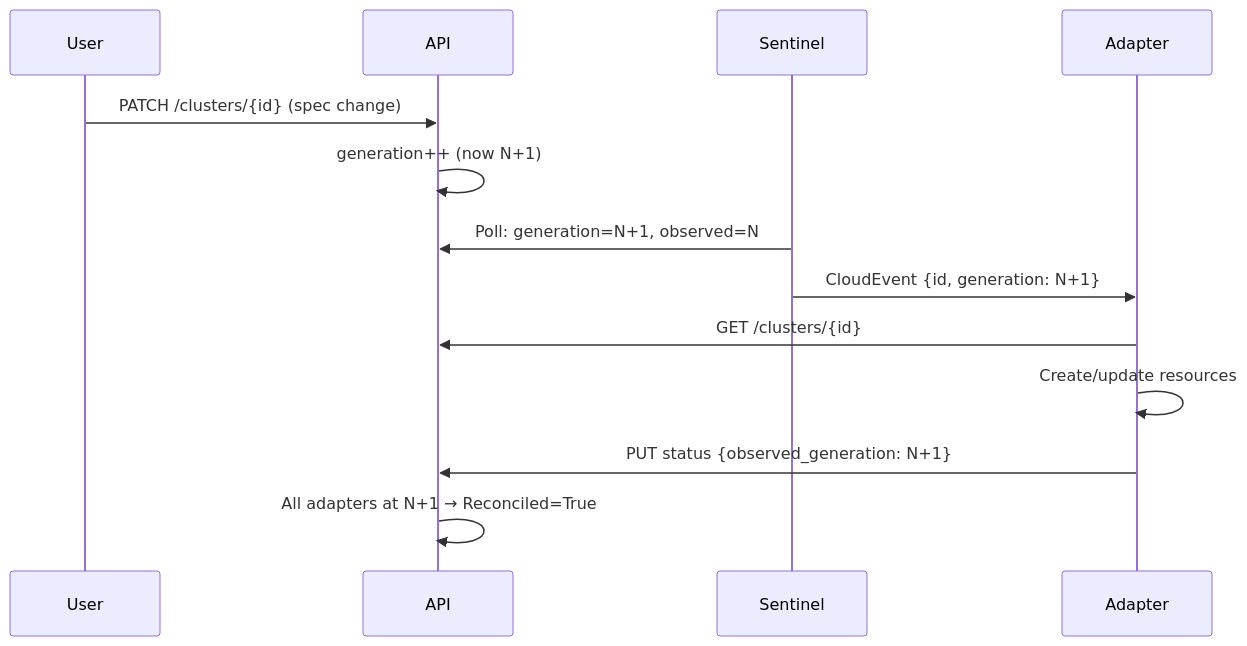
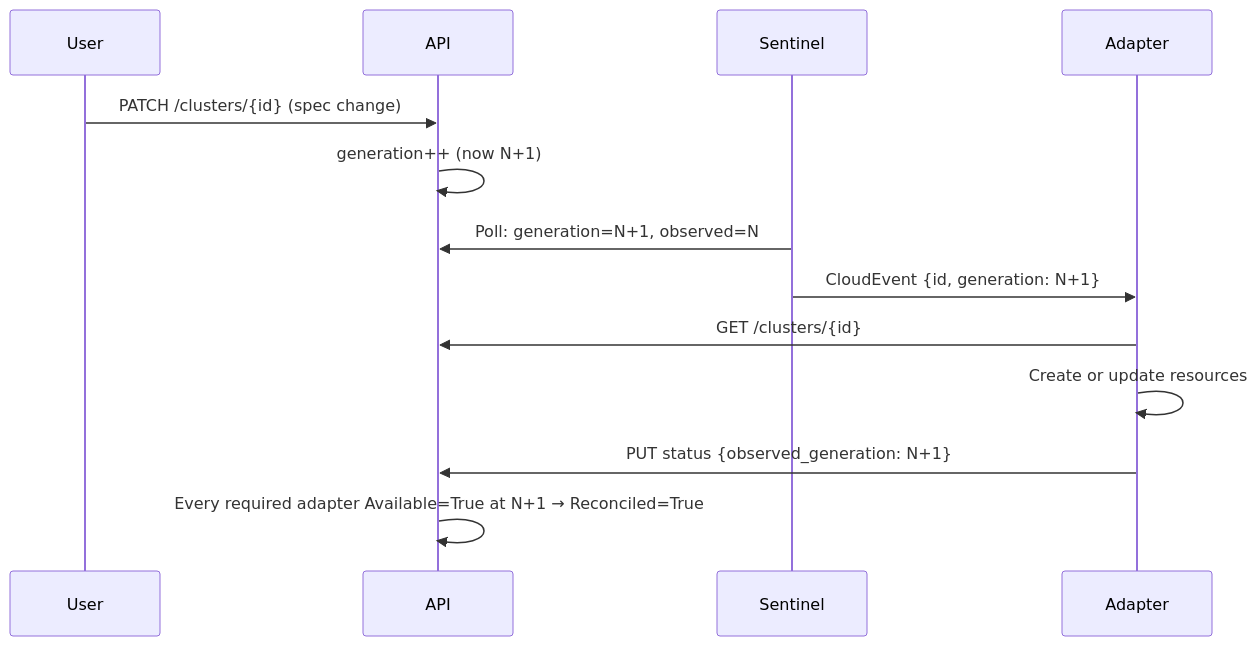
Before and after one commit to kuudori/hyperfleet-adapter: the second of 2 diagrams in docs/adapter-authoring-guide.md, drawn with Mermaid. The commit also changed other lines of this file and 8 other files, not shown here.

````diff
--- a/docs/adapter-authoring-guide.md
+++ b/docs/adapter-authoring-guide.md
@@ -74,16 +67,16 @@
 ```mermaid
 sequenceDiagram
     participant User
     participant API
     participant Sentinel
     participant Adapter
 
     User->>API: PATCH /clusters/{id} (spec change)
     API->>API: generation++ (now N+1)
     Sentinel->>API: Poll: generation=N+1, observed=N
     Sentinel->>Adapter: CloudEvent {id, generation: N+1}
     Adapter->>API: GET /clusters/{id}
-    Adapter->>Adapter: Create/update resources
+    Adapter->>Adapter: Create or update resources
     Adapter->>API: PUT status {observed_generation: N+1}
-    API->>API: All adapters at N+1 → Reconciled=True
+    API->>API: Every required adapter Available=True at N+1 → Reconciled=True
 ```
````
